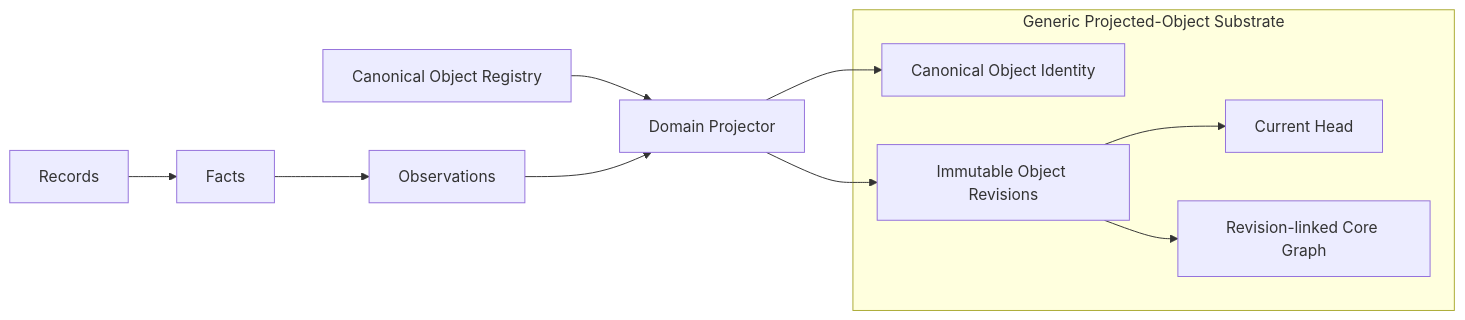
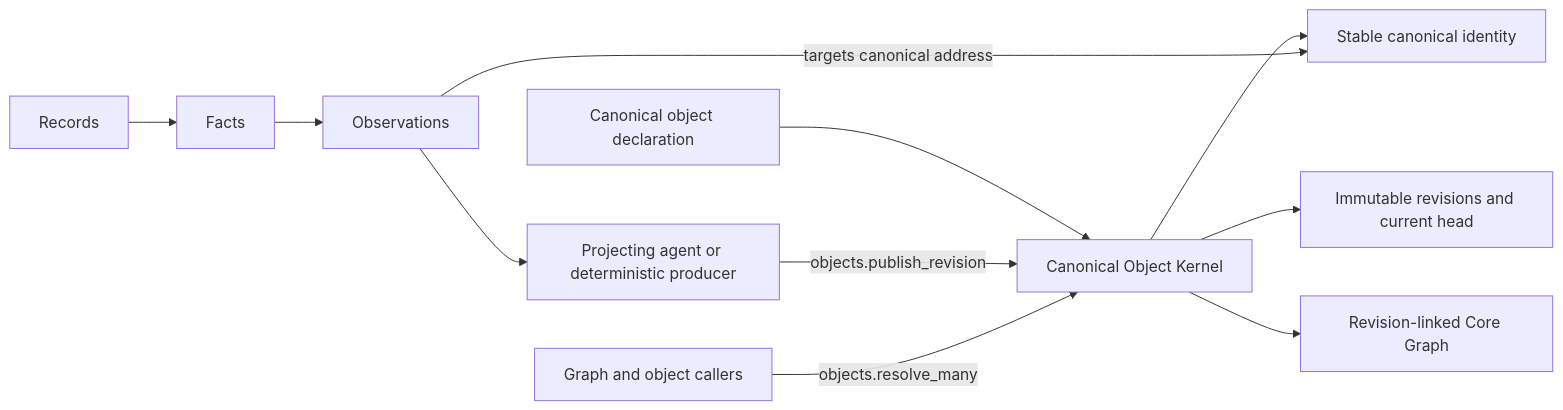
One commit to Napageneral/nexus-monorepo changed the diagram in docs/specs/canonical-projected-objects.md. Above: the diagram before and after it, drawn with Mermaid. The commit also changed other lines of this file and 29 other files, not shown here.

Commit message:
docs: simplify canonical object foundation

````diff
--- a/docs/specs/canonical-projected-objects.md
+++ b/docs/specs/canonical-projected-objects.md
@@ -123,20 +106,13 @@
 ```mermaid
 flowchart LR
     Record[Records] --> Fact[Facts]
     Fact --> Observation[Observations]
-
-    Registry[Canonical Object Registry] --> Projector[Domain Projector]
-    Observation --> Projector
-
-    subgraph Substrate[Generic Projected-Object Substrate]
-        Identity[Canonical Object Identity]
-        Revision[Immutable Object Revisions]
-        Head[Current Head]
-        Graph[Revision-linked Core Graph]
-    end
-
-    Projector --> Identity
-    Projector --> Revision
-    Revision --> Head
-    Revision --> Graph
+    Observation --> Agent[Projecting agent or deterministic producer]
+    Registry[Canonical object declaration] --> Kernel[Canonical Object Kernel]
+    Agent -->|objects.publish_revision| Kernel
+    Kernel --> Identity[Stable canonical identity]
+    Kernel --> Revision[Immutable revisions and current head]
+    Kernel --> Graph[Revision-linked Core Graph]
+    Observation -->|targets canonical address| Identity
+    Caller[Graph and object callers] -->|objects.resolve_many| Kernel
 ```
````
